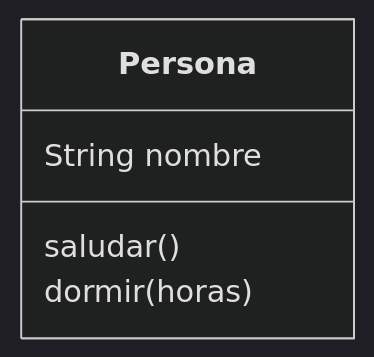
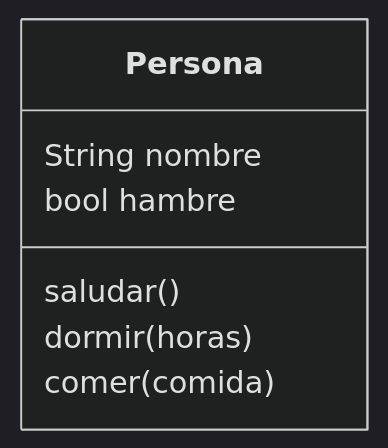
One commit to ewill15/psg-oop-2025 changed the diagram in sesion03/pylife.md. Above: the diagram before and after it, drawn with Mermaid (dark theme). The commit also changed other lines of this file and 1 other file, not shown here.

Commit message:
agregar metodo comer

````diff
--- a/sesion03/pylife.md
+++ b/sesion03/pylife.md
@@ -18,8 +19,10 @@
 ```mermaid
 classDiagram
     class Persona {
         String nombre
+        bool hambre
         saludar()
         dormir(horas)
+        comer(comida)
     }
 ```
````
